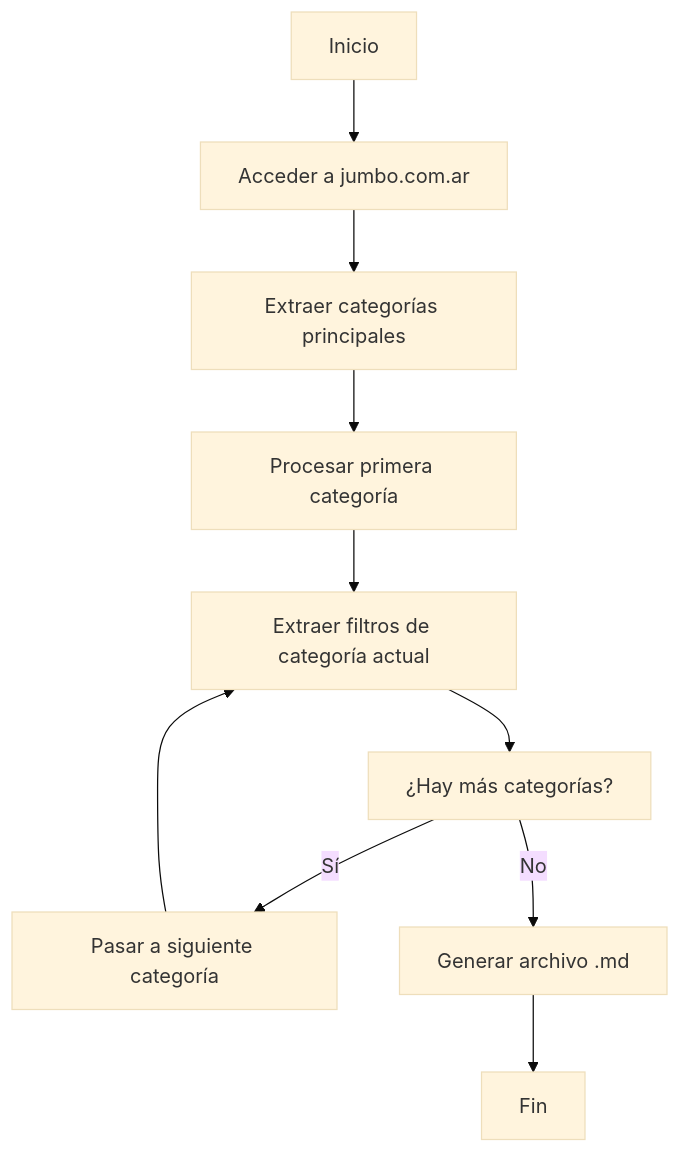
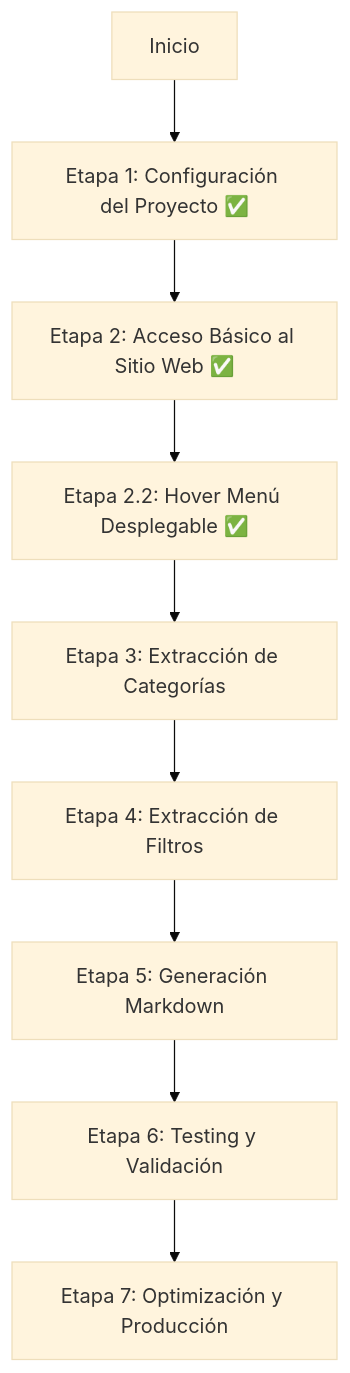
Before and after one commit to Jumadominguez/scrapersTemp: the diagram in docs/especificacion-script-extraccion.md, drawn with Mermaid (base theme). The commit also changed other lines of this file and 1 other file, not shown here.

First line of the commit message:
V2.2: Implementar hover sobre menú desplegable - Tarea 2.2 completada

````diff
--- a/docs/especificacion-script-extraccion.md
+++ b/docs/especificacion-script-extraccion.md
@@ -17,12 +28,11 @@
 ```mermaid
 graph TD
-    A[Inicio] --> B[Acceder a jumbo.com.ar]
-    B --> C[Extraer categorías principales]
-    C --> D[Procesar primera categoría]
-    D --> E[Extraer filtros de categoría actual]
-    E --> F[¿Hay más categorías?]
-    F -->|Sí| G[Pasar a siguiente categoría]
-    G --> E
-    F -->|No| H[Generar archivo .md]
-    H --> I[Fin]
+    A[Inicio] --> B[Etapa 1: Configuración del Proyecto ✅]
+    B --> C[Etapa 2: Acceso Básico al Sitio Web ✅]
+    C --> D[Etapa 2.2: Hover Menú Desplegable ✅]
+    D --> E[Etapa 3: Extracción de Categorías]
+    E --> F[Etapa 4: Extracción de Filtros]
+    F --> G[Etapa 5: Generación Markdown]
+    G --> H[Etapa 6: Testing y Validación]
+    H --> I[Etapa 7: Optimización y Producción]
 ```
````
